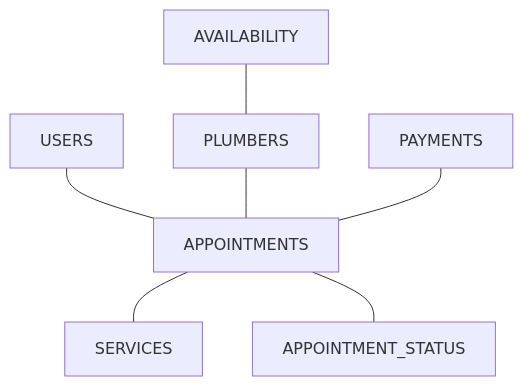
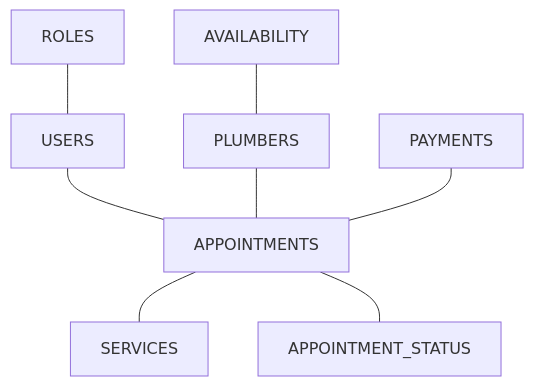
The first of 2 diagrams in README.md (KerryK2021/Plumbing-Company-Appointment-System), drawn with Mermaid before and after one commit. The commit also changed other lines of this file, not shown here.

````diff
--- a/README.md
+++ b/README.md
@@ -5,9 +5,10 @@
 ```mermaid
 flowchart 
   USERS --- APPOINTMENTS
   PLUMBERS --- APPOINTMENTS
   APPOINTMENTS --- SERVICES
   APPOINTMENTS --- APPOINTMENT_STATUS
   PAYMENTS --- APPOINTMENTS
   AVAILABILITY --- PLUMBERS
+  ROLES --- USERS
 ```
````
